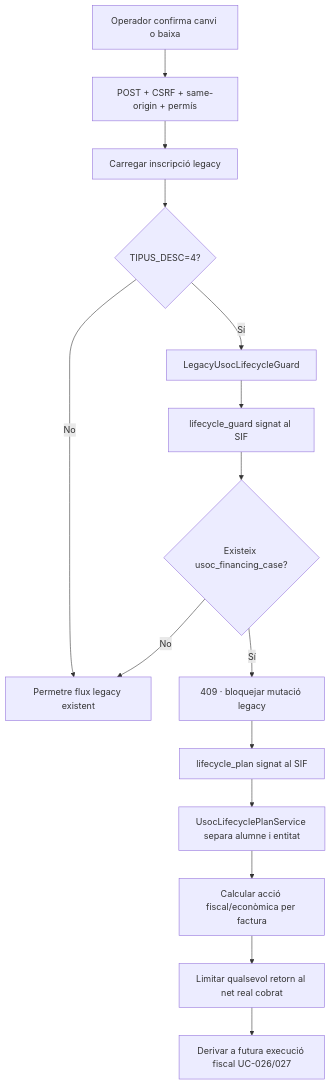
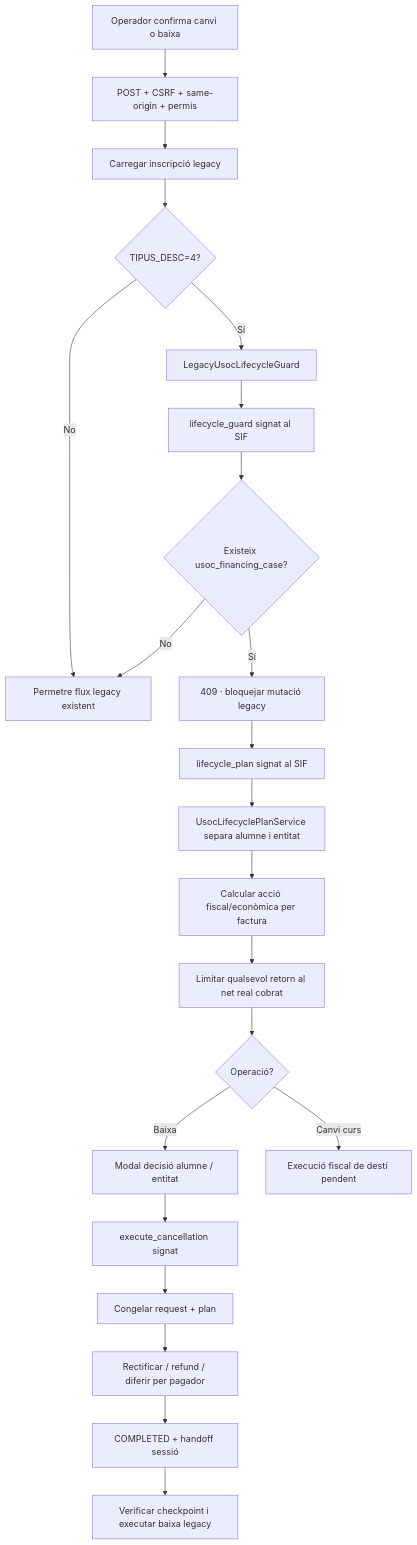
Before and after one commit to orgmeriemprismacat-del/verifactu: diagram 23 of 24 in documentacio/07-uml-integrat/uc-013-activitats-pagines-actual-final.md, drawn with Mermaid. The commit also changed other lines of this file, not shown here.

Commit message:
docs(uc-013): actualitzar activitats de baixa executable

````diff
--- a/documentacio/07-uml-integrat/uc-013-activitats-pagines-actual-final.md
+++ b/documentacio/07-uml-integrat/uc-013-activitats-pagines-actual-final.md
@@ -322,17 +322,24 @@
 ```mermaid
 flowchart TD
     A[Operador confirma canvi o baixa] --> B[POST + CSRF + same-origin + permís]
     B --> C[Carregar inscripció legacy]
     C --> D{TIPUS_DESC=4?}
     D -- No --> E[Permetre flux legacy existent]
     D -- Sí --> F[LegacyUsocLifecycleGuard]
     F --> G[lifecycle_guard signat al SIF]
     G --> H{Existeix usoc_financing_case?}
     H -- No --> E
     H -- Sí --> I[409 · bloquejar mutació legacy]
     I --> J[lifecycle_plan signat al SIF]
     J --> K[UsocLifecyclePlanService separa alumne i entitat]
     K --> L[Calcular acció fiscal/econòmica per factura]
     L --> M[Limitar qualsevol retorn al net real cobrat]
-    M --> N[Derivar a futura execució fiscal UC-026/027]
+    M --> N{Operació?}
+    N -- Baixa --> O[Modal decisió alumne / entitat]
+    O --> P[execute_cancellation signat]
+    P --> Q[Congelar request + plan]
+    Q --> R[Rectificar / refund / diferir per pagador]
+    R --> S[COMPLETED + handoff sessió]
+    S --> T[Verificar checkpoint i executar baixa legacy]
+    N -- Canvi curs --> U[Execució fiscal de destí pendent]
 ```
````
